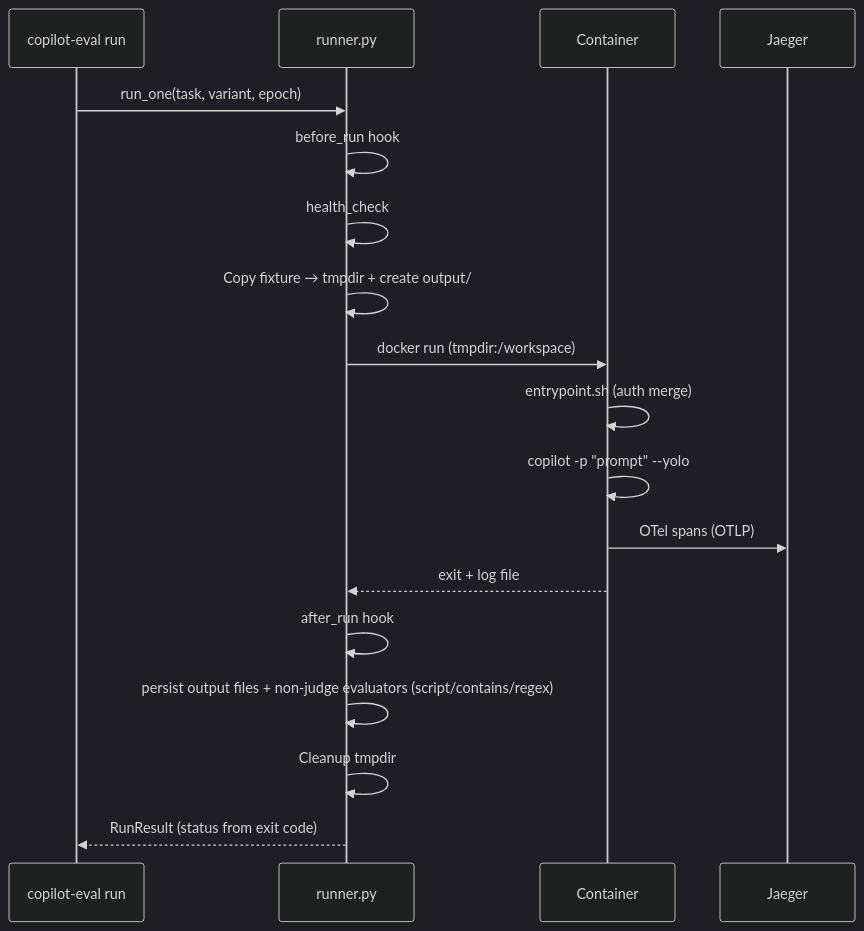
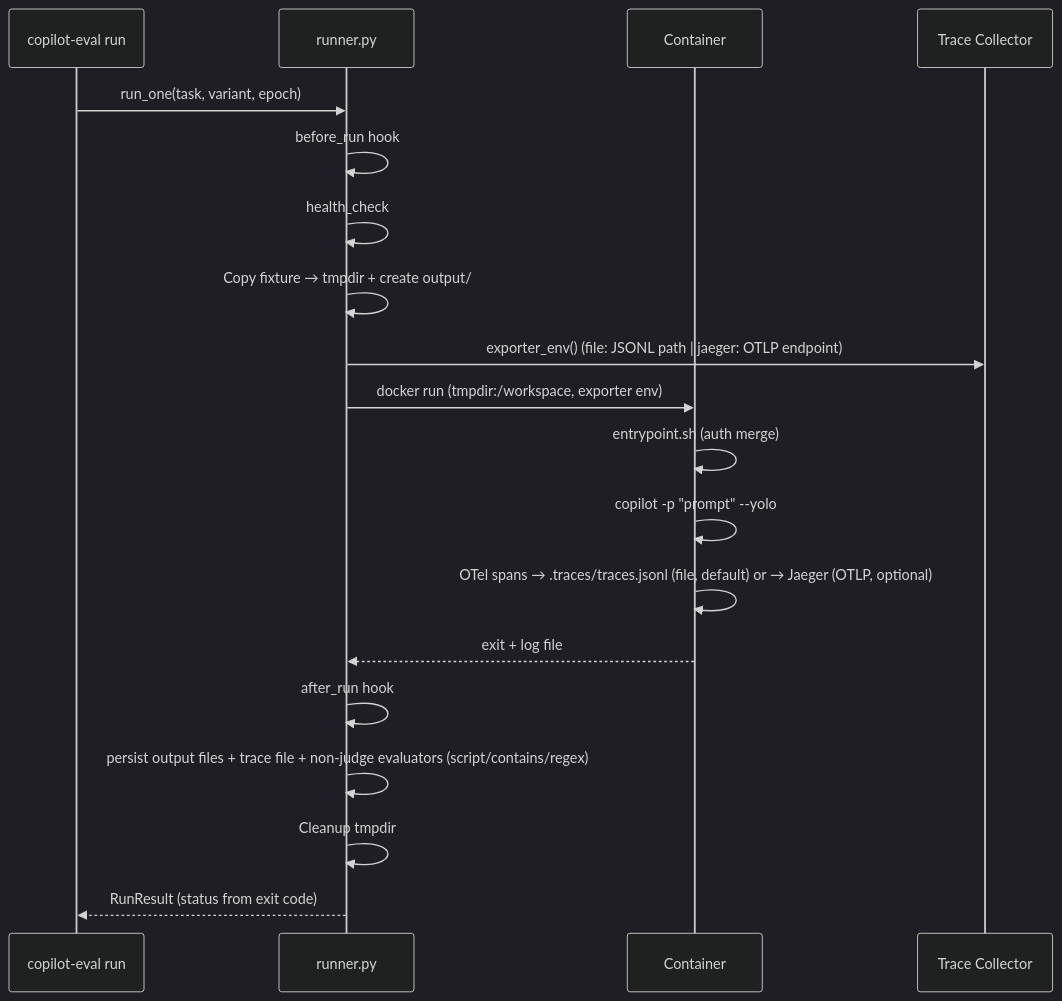
One commit to openjny/copilot-eval changed the first of 2 diagrams in docs/architecture.md. Above: the diagram before and after it, drawn with Mermaid (dark theme). The commit also changed other lines of this file and 16 other files, not shown here.

First line of the commit message:
feat(eval): generalize OTel architecture with Runner/Collector abstractions

````diff
--- a/docs/architecture.md
+++ b/docs/architecture.md
@@ -32,21 +34,22 @@
 ```mermaid
 sequenceDiagram
     participant CLI as copilot-eval run
     participant Runner as runner.py
     participant Docker as Container
-    participant Jaeger as Jaeger
+    participant Collector as Trace Collector
 
     CLI->>Runner: run_one(task, variant, epoch)
     Runner->>Runner: before_run hook
     Runner->>Runner: health_check
     Runner->>Runner: Copy fixture → tmpdir + create output/
-    Runner->>Docker: docker run (tmpdir:/workspace)
+    Runner->>Collector: exporter_env() (file: JSONL path | jaeger: OTLP endpoint)
+    Runner->>Docker: docker run (tmpdir:/workspace, exporter env)
     Docker->>Docker: entrypoint.sh (auth merge)
     Docker->>Docker: copilot -p "prompt" --yolo
-    Docker->>Jaeger: OTel spans (OTLP)
+    Docker->>Docker: OTel spans → .traces/traces.jsonl (file, default) or → Jaeger (OTLP, optional)
     Docker-->>Runner: exit + log file
     Runner->>Runner: after_run hook
-    Runner->>Runner: persist output files + non-judge evaluators (script/contains/regex)
+    Runner->>Runner: persist output files + trace file + non-judge evaluators (script/contains/regex)
     Runner->>Runner: Cleanup tmpdir
     Runner-->>CLI: RunResult (status from exit code)
 ```
````
